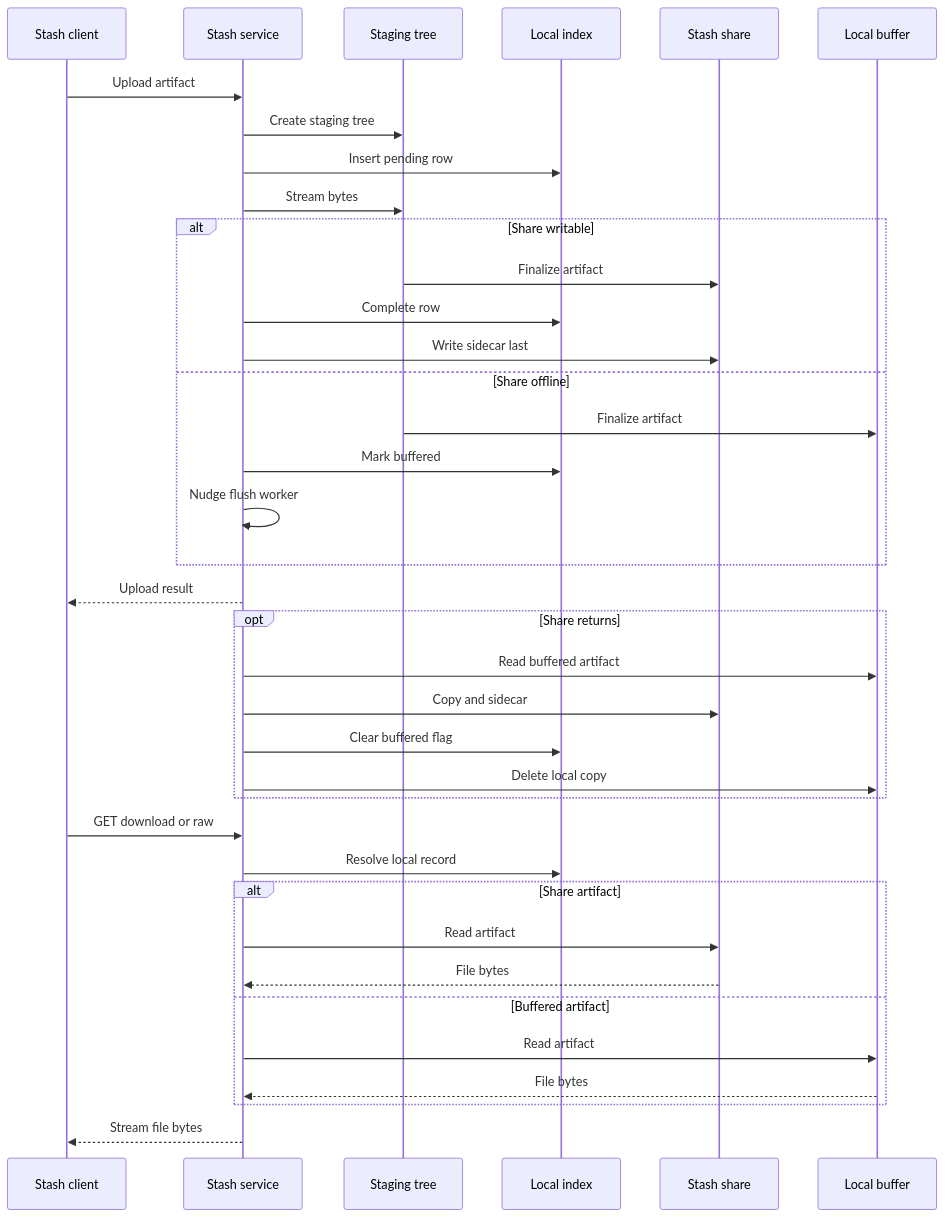
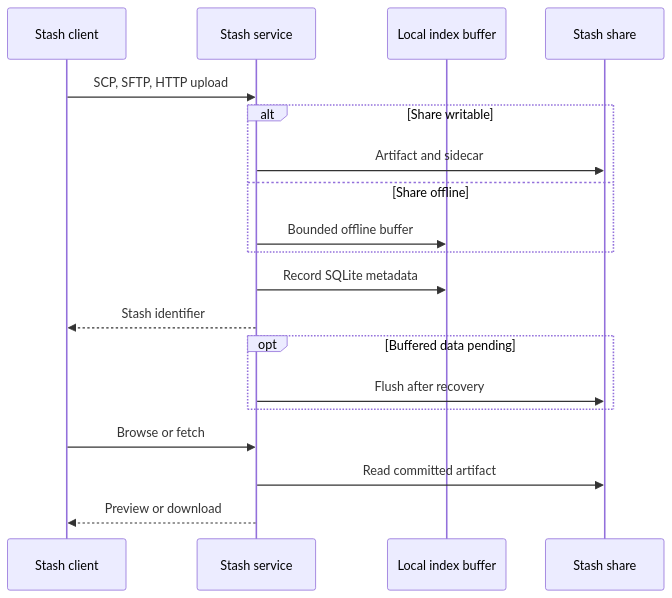
One commit to alissonsol/yuruna changed the fifth of 6 diagrams in docs/design/03-data-flows.md. Above: the diagram before and after it, drawn with Mermaid. The commit also changed other lines of this file and 763 other files, not shown here.

````diff
--- a/docs/design/03-data-flows.md
+++ b/docs/design/03-data-flows.md
@@ -175,39 +167,21 @@
 ```mermaid
 sequenceDiagram
     participant stash-client as Stash client
     participant stash-service as Stash service
-    participant staging-tree as Staging tree
-    participant local-index as Local index
+    participant stash-local as Local index buffer
     participant stash-share as Stash share
-    participant local-buffer as Local buffer
-    stash-client->>stash-service: Upload artifact
-    stash-service->>staging-tree: Create staging tree
-    stash-service->>local-index: Insert pending row
-    stash-service->>staging-tree: Stream bytes
+    stash-client->>stash-service: SCP, SFTP, HTTP upload
     alt Share writable
-        staging-tree->>stash-share: Finalize artifact
-        stash-service->>local-index: Complete row
-        stash-service->>stash-share: Write sidecar last
+        stash-service->>stash-share: Artifact and sidecar
     else Share offline
-        staging-tree->>local-buffer: Finalize artifact
-        stash-service->>local-index: Mark buffered
-        stash-service->>stash-service: Nudge flush worker
+        stash-service->>stash-local: Bounded offline buffer
     end
-    stash-service-->>stash-client: Upload result
-    opt Share returns
-        stash-service->>local-buffer: Read buffered artifact
-        stash-service->>stash-share: Copy and sidecar
-        stash-service->>local-index: Clear buffered flag
-        stash-service->>local-buffer: Delete local copy
+    stash-service->>stash-local: Record SQLite metadata
+    stash-service-->>stash-client: Stash identifier
+    opt Buffered data pending
+        stash-service->>stash-share: Flush after recovery
     end
-    stash-client->>stash-service: GET download or raw
-    stash-service->>local-index: Resolve local record
-    alt Share artifact
-        stash-service->>stash-share: Read artifact
-        stash-share-->>stash-service: File bytes
-    else Buffered artifact
-        stash-service->>local-buffer: Read artifact
-        local-buffer-->>stash-service: File bytes
-    end
-    stash-service-->>stash-client: Stream file bytes
+    stash-client->>stash-service: Browse or fetch
+    stash-service->>stash-share: Read committed artifact
+    stash-service-->>stash-client: Preview or download
 ```
````
